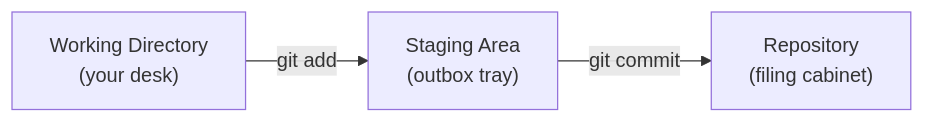
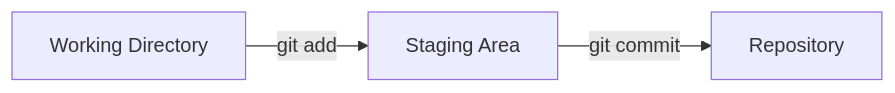
Before and after one commit to PurdueSIGGD/SIGGD-Docs: the first of 3 diagrams in docs/tutorials/general/gitgood.md, drawn with Mermaid. The commit also changed other lines of this file and 2 other files, not shown here.

````diff
--- a/docs/tutorials/general/gitgood.md
+++ b/docs/tutorials/general/gitgood.md
@@ -93,8 +93,8 @@
 ```mermaid
 flowchart LR
-    A["Working Directory\n(your desk)"]
-    B["Staging Area\n(outbox tray)"]
-    C["Repository\n(filing cabinet)"]
+    A["Working Directory"]
+    B["Staging Area"]
+    C["Repository"]
     A -- "git add" --> B
     B -- "git commit" --> C
 ```
````
